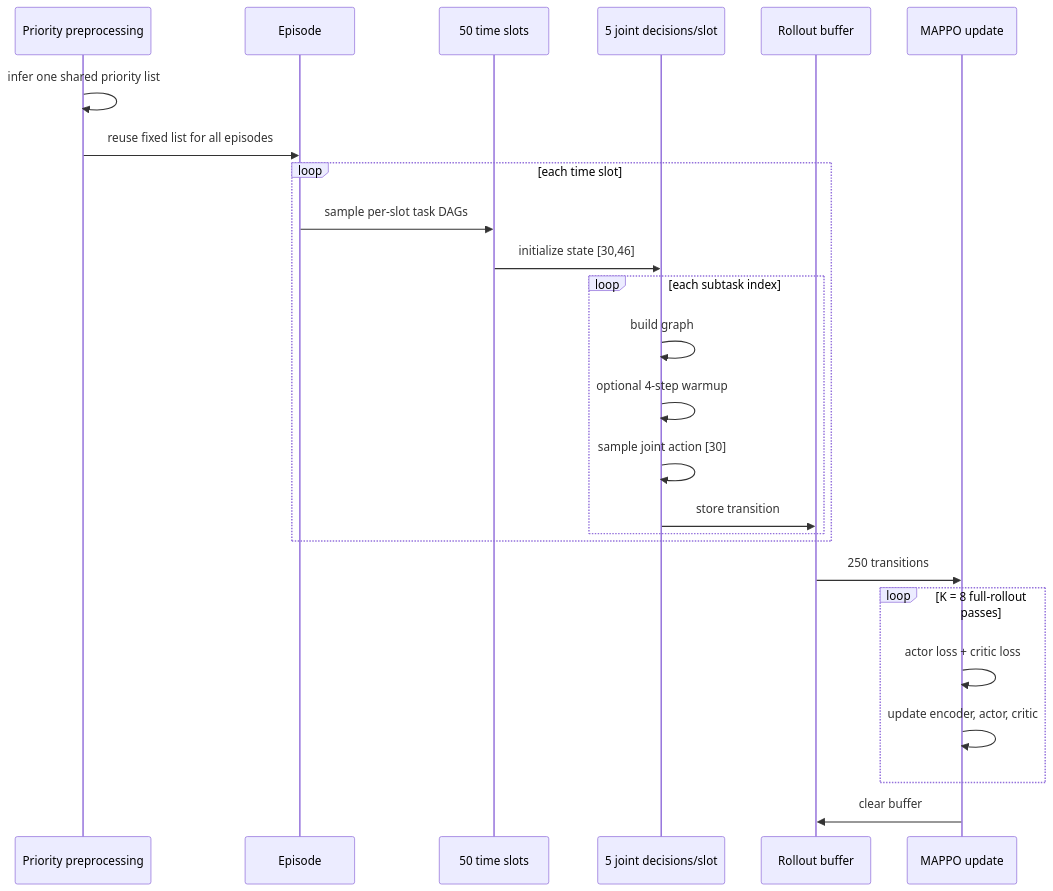
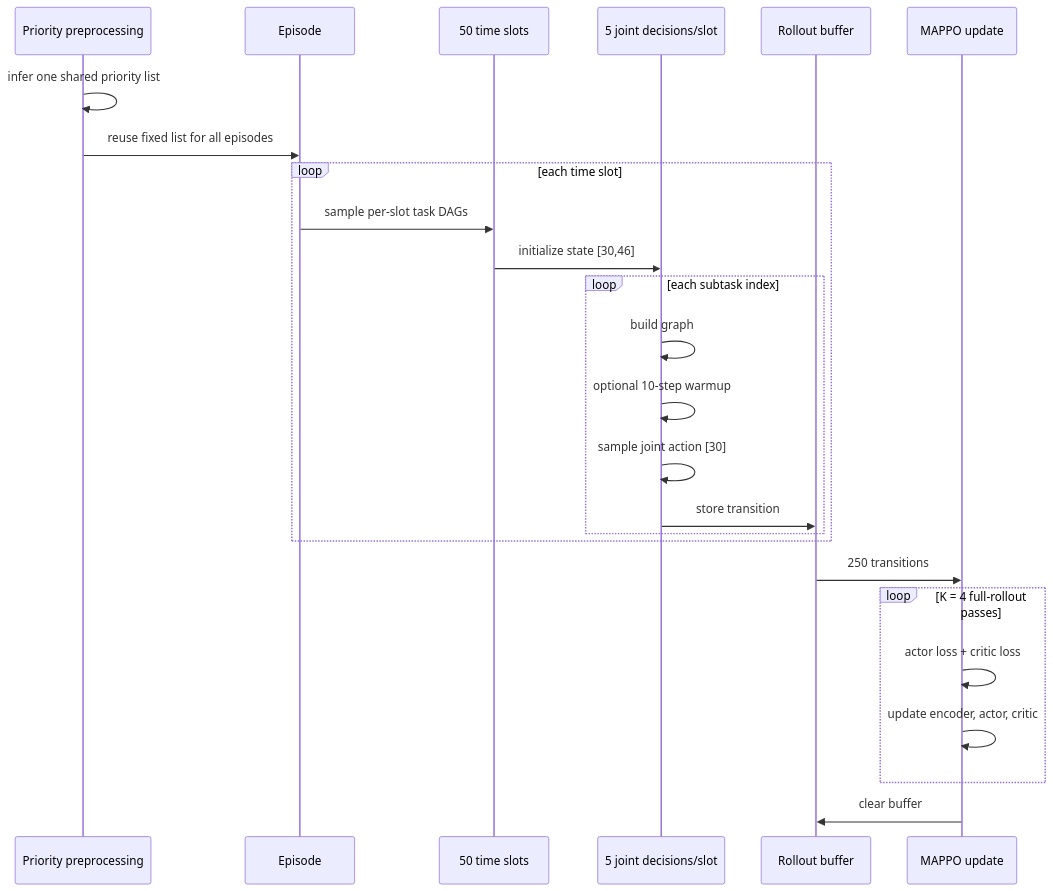
The fourth of 4 diagrams in Industrial_task_offloading/docs/dual_gat_mappo_architecture.md (ngocdung211/Dual-Graph-MAPPO-Industrial-Task-offloading), drawn with Mermaid before and after one commit. The commit also changed other lines of this file and 4 other files, not shown here.

Commit message:
update the structure of Graph GAT Mappo

````diff
--- a/Industrial_task_offloading/docs/dual_gat_mappo_architecture.md
+++ b/Industrial_task_offloading/docs/dual_gat_mappo_architecture.md
@@ -256,28 +266,28 @@
 ```mermaid
 sequenceDiagram
     participant Q as Priority preprocessing
     participant E as Episode
     participant T as 50 time slots
     participant M as 5 joint decisions/slot
     participant B as Rollout buffer
     participant P as MAPPO update
 
     Q->>Q: infer one shared priority list
     Q->>E: reuse fixed list for all episodes
     loop each time slot
         E->>T: sample per-slot task DAGs
         T->>M: initialize state [30,46]
         loop each subtask index
             M->>M: build graph
-            M->>M: optional 4-step warmup
+            M->>M: optional 10-step warmup
             M->>M: sample joint action [30]
             M->>B: store transition
         end
     end
     B->>P: 250 transitions
-    loop K = 8 full-rollout passes
+    loop K = 4 full-rollout passes
         P->>P: actor loss + critic loss
         P->>P: update encoder, actor, critic
     end
     P->>B: clear buffer
 ```
````
